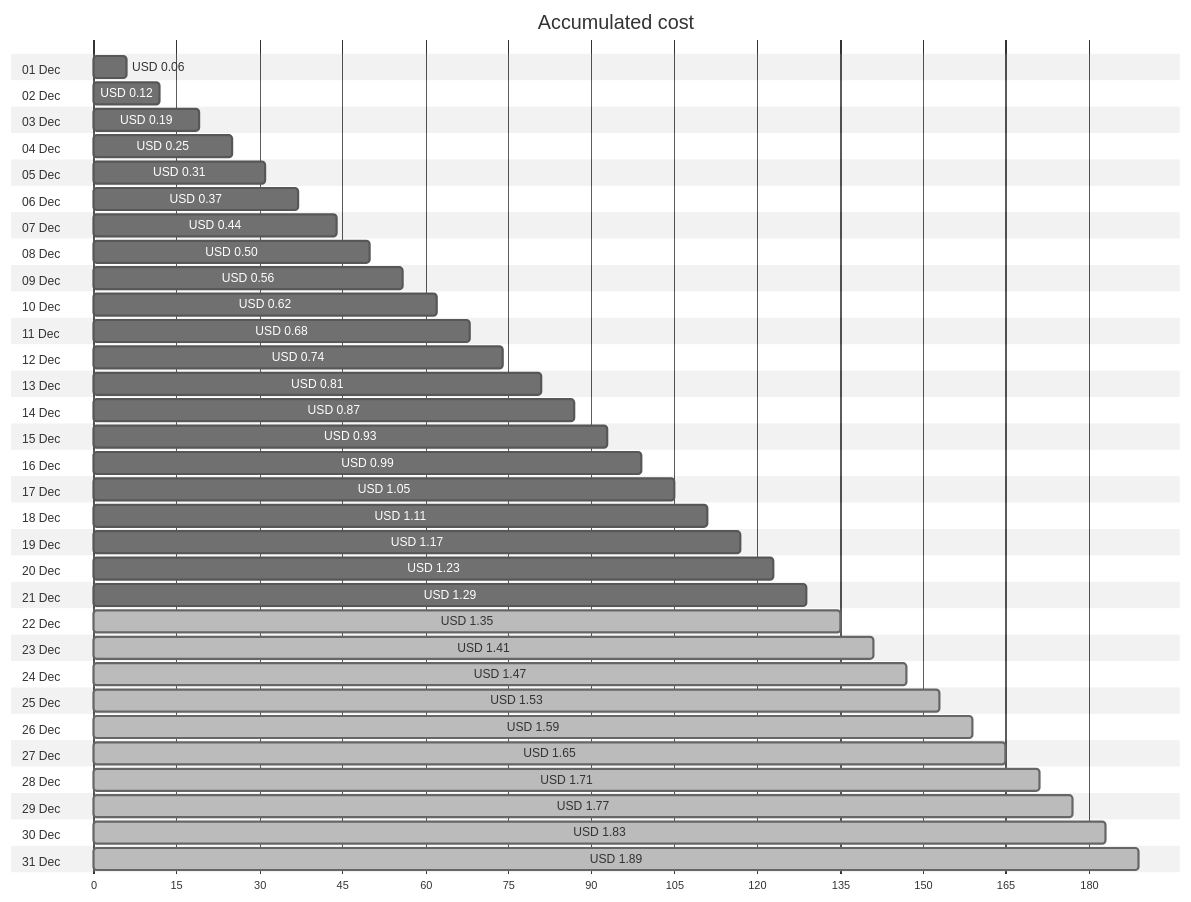
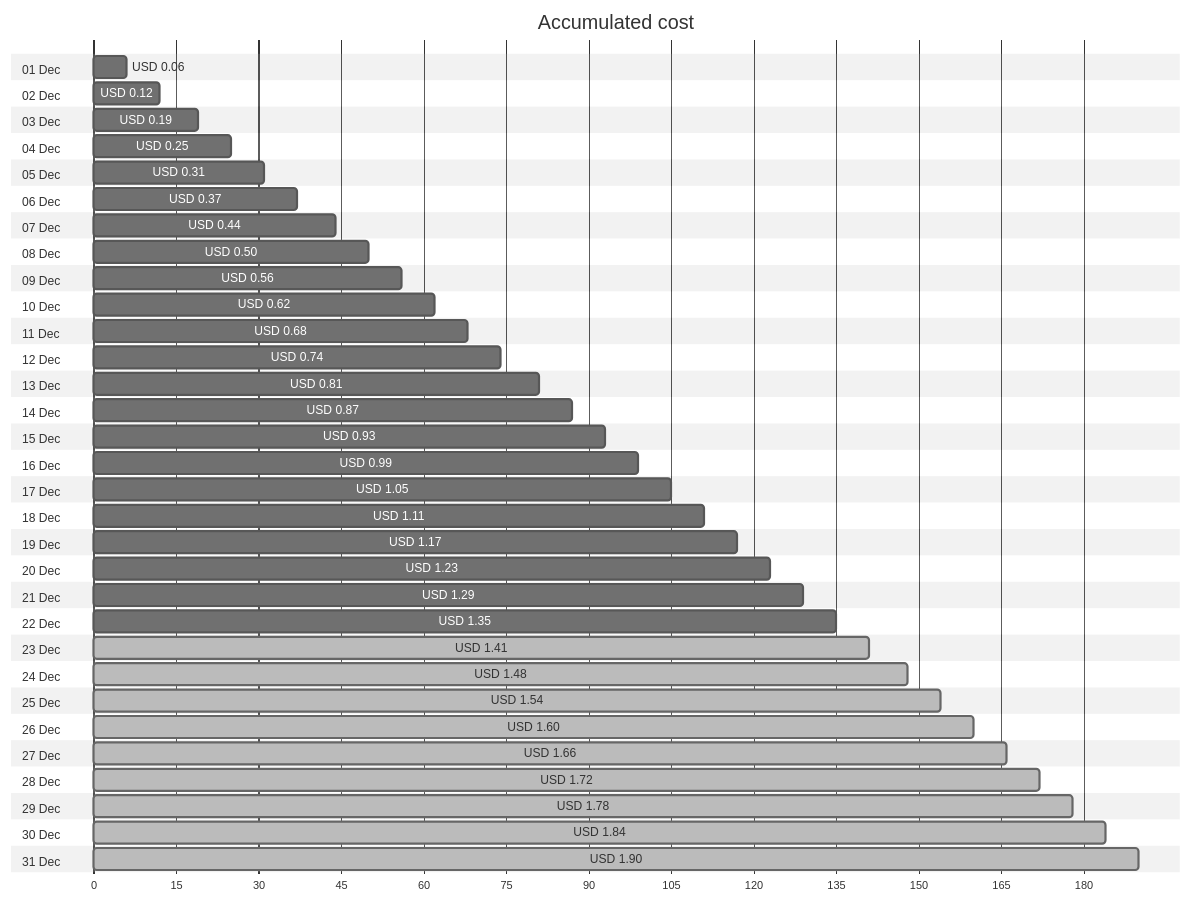
The first of 4 diagrams in cost-reports/personal-network/backup-server_OsDisk.md (jpfulton/azure-personal-reports), drawn with Mermaid (neutral theme) before and after one commit. The commit also changed other lines of this file and 8 other files, not shown here.

````diff
--- a/cost-reports/personal-network/backup-server_OsDisk.md
+++ b/cost-reports/personal-network/backup-server_OsDisk.md
@@ -20,68 +20,68 @@
 ```mermaid
 gantt
    title Accumulated cost
    dateFormat  X
    axisFormat %s
    section 01 Dec
    USD 0.06 :0, 6
    section 02 Dec
    USD 0.12 :0, 12
    section 03 Dec
    USD 0.19 :0, 19
    section 04 Dec
    USD 0.25 :0, 25
    section 05 Dec
    USD 0.31 :0, 31
    section 06 Dec
    USD 0.37 :0, 37
    section 07 Dec
    USD 0.44 :0, 44
    section 08 Dec
    USD 0.50 :0, 50
    section 09 Dec
    USD 0.56 :0, 56
    section 10 Dec
    USD 0.62 :0, 62
    section 11 Dec
    USD 0.68 :0, 68
    section 12 Dec
    USD 0.74 :0, 74
    section 13 Dec
    USD 0.81 :0, 81
    section 14 Dec
    USD 0.87 :0, 87
    section 15 Dec
    USD 0.93 :0, 93
    section 16 Dec
    USD 0.99 :0, 99
    section 17 Dec
    USD 1.05 :0, 105
    section 18 Dec
    USD 1.11 :0, 111
    section 19 Dec
    USD 1.17 :0, 117
    section 20 Dec
    USD 1.23 :0, 123
    section 21 Dec
    USD 1.29 :0, 129
    section 22 Dec
-   USD 1.35 : done, 0, 135
+   USD 1.35 :0, 135
    section 23 Dec
    USD 1.41 : done, 0, 141
    section 24 Dec
-   USD 1.47 : done, 0, 147
+   USD 1.48 : done, 0, 148
    section 25 Dec
-   USD 1.53 : done, 0, 153
+   USD 1.54 : done, 0, 154
    section 26 Dec
-   USD 1.59 : done, 0, 159
+   USD 1.60 : done, 0, 160
    section 27 Dec
-   USD 1.65 : done, 0, 165
+   USD 1.66 : done, 0, 166
    section 28 Dec
-   USD 1.71 : done, 0, 171
+   USD 1.72 : done, 0, 172
    section 29 Dec
-   USD 1.77 : done, 0, 177
+   USD 1.78 : done, 0, 178
    section 30 Dec
-   USD 1.83 : done, 0, 183
+   USD 1.84 : done, 0, 184
    section 31 Dec
-   USD 1.89 : done, 0, 189
+   USD 1.90 : done, 0, 190
 ```
````
